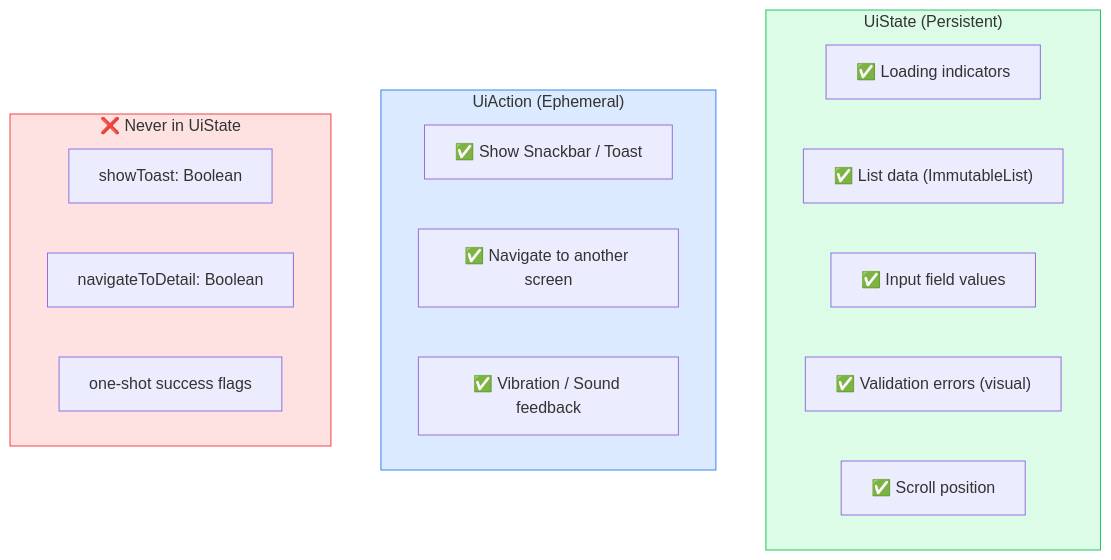
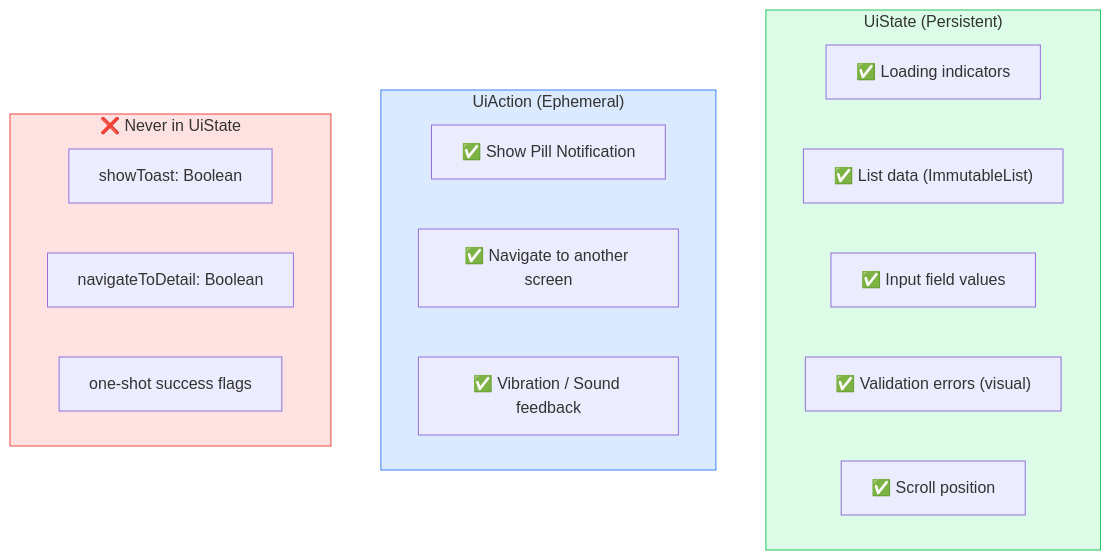
The ninth of 27 diagrams in wiki/architecture-diagrams.md (pedrazamiguez/expense-share-app), drawn with Mermaid before and after one commit. The commit also changed other lines of this file and 46 other files, not shown here.

````diff
--- a/wiki/architecture-diagrams.md
+++ b/wiki/architecture-diagrams.md
@@ -421,26 +421,26 @@
 ```mermaid
 graph TB
     subgraph UiState["UiState (Persistent)"]
         S1["✅ Loading indicators"]
         S2["✅ List data (ImmutableList)"]
         S3["✅ Input field values"]
         S4["✅ Validation errors (visual)"]
         S5["✅ Scroll position"]
     end
 
     subgraph UiAction["UiAction (Ephemeral)"]
-        A1["✅ Show Snackbar / Toast"]
+        A1["✅ Show Pill Notification"]
         A2["✅ Navigate to another screen"]
         A3["✅ Vibration / Sound feedback"]
     end
 
     subgraph Never["❌ Never in UiState"]
         N1["showToast: Boolean"]
         N2["navigateToDetail: Boolean"]
         N3["one-shot success flags"]
     end
 
     style UiState fill:#dcfce7,stroke:#22c55e
     style UiAction fill:#dbeafe,stroke:#3b82f6
     style Never fill:#fee2e2,stroke:#ef4444
 ```
````
